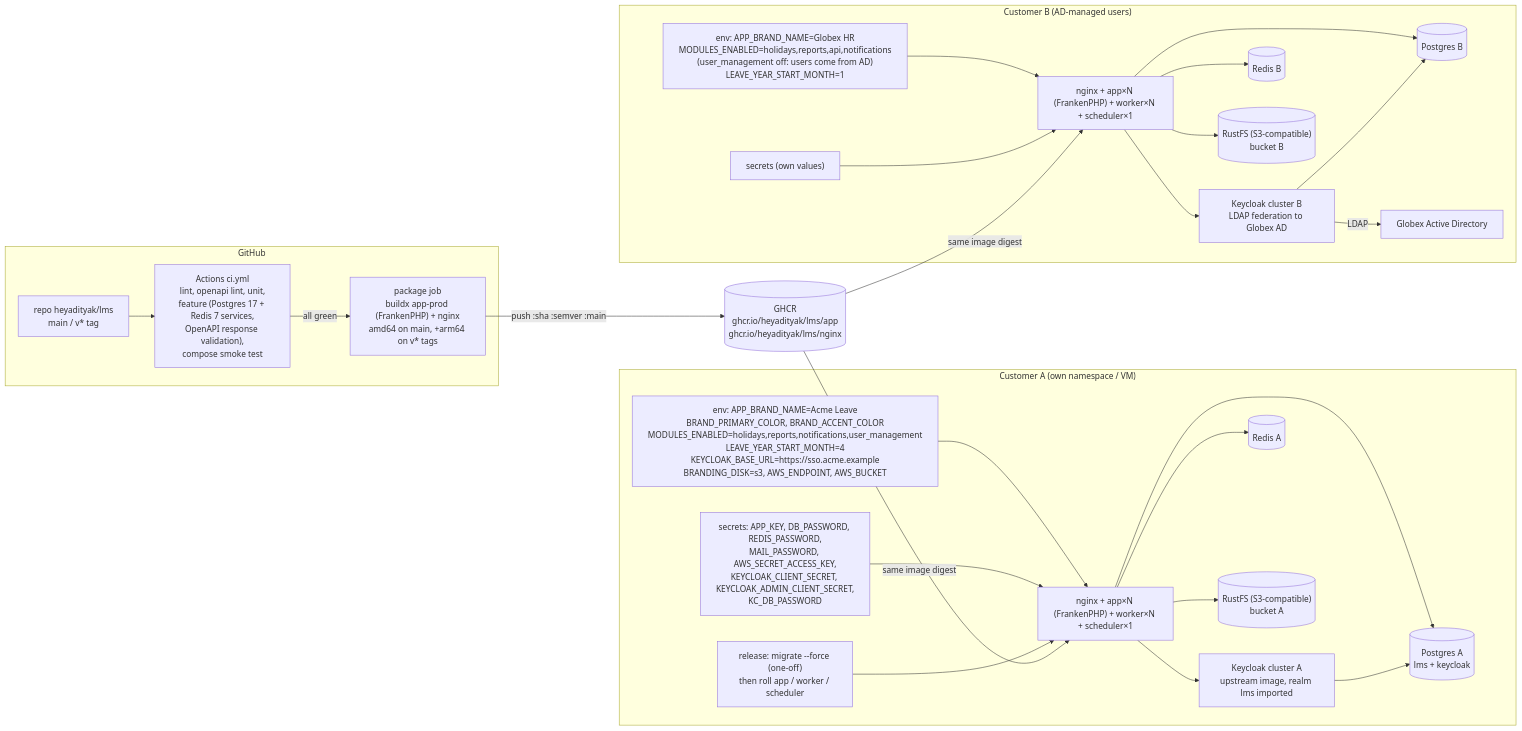
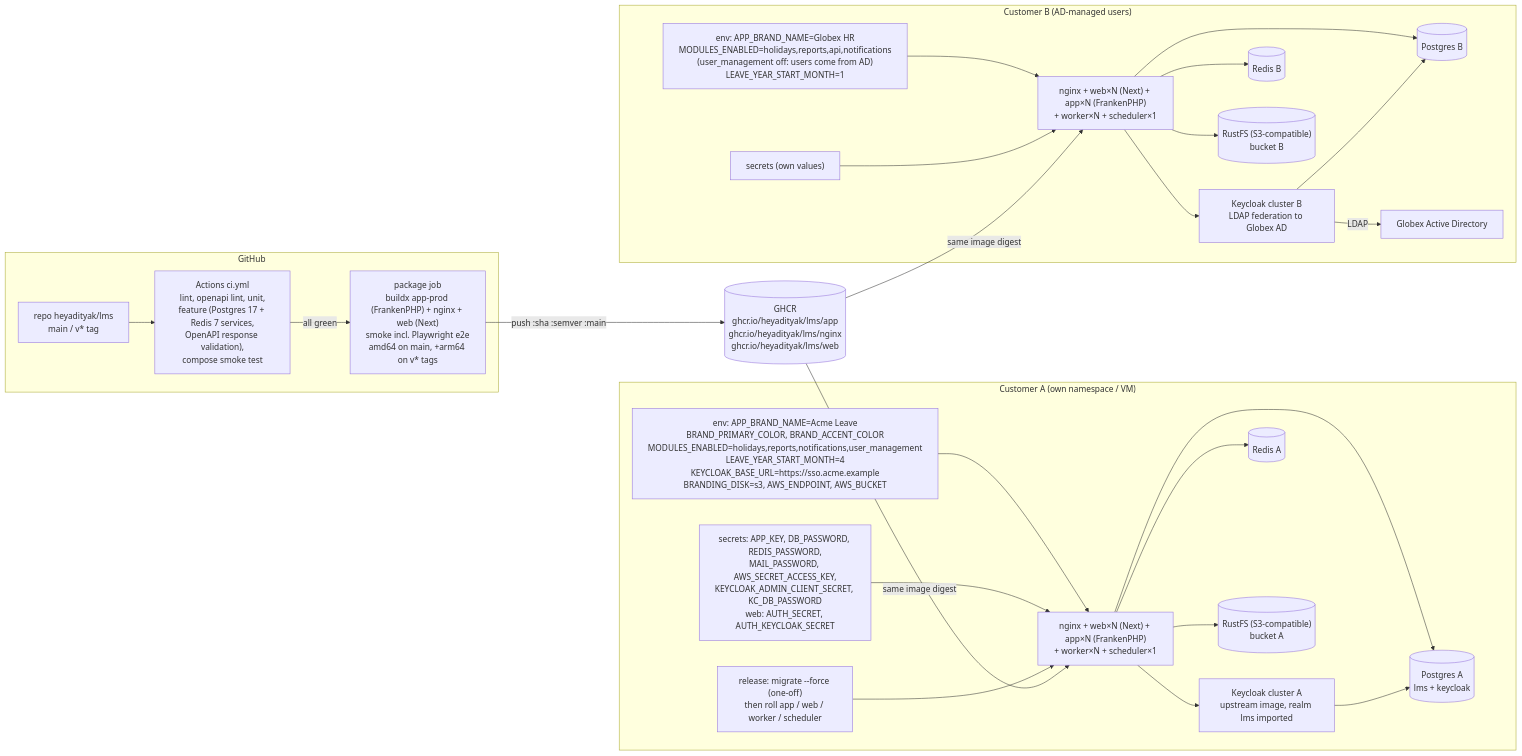
One commit to heyadityak/lms changed the third of 4 diagrams in docs/diagrams/01-system-design.md. Above: the diagram before and after it, drawn with Mermaid. The commit also changed other lines of this file and 39 other files, not shown here.

````diff
--- a/docs/diagrams/01-system-design.md
+++ b/docs/diagrams/01-system-design.md
@@ -94,49 +99,49 @@
 ```mermaid
 flowchart LR
     subgraph gh["GitHub"]
         repo["repo heyadityak/lms<br/>main / v* tag"] --> ci["Actions ci.yml<br/>lint, openapi lint, unit,<br/>feature (Postgres 17 + Redis 7 services,<br/>OpenAPI response validation),<br/>compose smoke test"]
-        ci -->|all green| pkg["package job<br/>buildx app-prod (FrankenPHP) + nginx<br/>amd64 on main, +arm64 on v* tags"]
+        ci -->|all green| pkg["package job<br/>buildx app-prod (FrankenPHP) + nginx + web (Next)<br/>smoke incl. Playwright e2e<br/>amd64 on main, +arm64 on v* tags"]
     end
-    pkg -->|push :sha :semver :main| ghcr[("GHCR<br/>ghcr.io/heyadityak/lms/app<br/>ghcr.io/heyadityak/lms/nginx")]
+    pkg -->|push :sha :semver :main| ghcr[("GHCR<br/>ghcr.io/heyadityak/lms/app<br/>ghcr.io/heyadityak/lms/nginx<br/>ghcr.io/heyadityak/lms/web")]
 
     subgraph custA["Customer A (own namespace / VM)"]
         envA["env: APP_BRAND_NAME=Acme Leave<br/>BRAND_PRIMARY_COLOR, BRAND_ACCENT_COLOR<br/>MODULES_ENABLED=holidays,reports,notifications,user_management<br/>LEAVE_YEAR_START_MONTH=4<br/>KEYCLOAK_BASE_URL=https://sso.acme.example<br/>BRANDING_DISK=s3, AWS_ENDPOINT, AWS_BUCKET"]
-        secA["secrets: APP_KEY, DB_PASSWORD, REDIS_PASSWORD,<br/>MAIL_PASSWORD, AWS_SECRET_ACCESS_KEY,<br/>KEYCLOAK_CLIENT_SECRET, KEYCLOAK_ADMIN_CLIENT_SECRET,<br/>KC_DB_PASSWORD"]
-        relA["release: migrate --force (one-off)<br/>then roll app / worker / scheduler"]
-        runA["nginx + app×N (FrankenPHP) + worker×N + scheduler×1"]
+        secA["secrets: APP_KEY, DB_PASSWORD, REDIS_PASSWORD,<br/>MAIL_PASSWORD, AWS_SECRET_ACCESS_KEY,<br/>KEYCLOAK_ADMIN_CLIENT_SECRET, KC_DB_PASSWORD<br/>web: AUTH_SECRET, AUTH_KEYCLOAK_SECRET"]
+        relA["release: migrate --force (one-off)<br/>then roll app / web / worker / scheduler"]
+        runA["nginx + web×N (Next) + app×N (FrankenPHP)<br/>+ worker×N + scheduler×1"]
         kcA["Keycloak cluster A<br/>upstream image, realm lms imported"]
         dbA[("Postgres A<br/>lms + keycloak")]
         rA[("Redis A")]
         bA[("RustFS (S3-compatible)<br/>bucket A")]
         envA --> runA
         secA --> runA
         relA --> runA
         runA --> dbA
         runA --> rA
         runA --> bA
         runA --> kcA
         kcA --> dbA
     end
 
     subgraph custB["Customer B (AD-managed users)"]
         envB["env: APP_BRAND_NAME=Globex HR<br/>MODULES_ENABLED=holidays,reports,api,notifications<br/>(user_management off: users come from AD)<br/>LEAVE_YEAR_START_MONTH=1"]
         secB["secrets (own values)"]
-        runB["nginx + app×N (FrankenPHP) + worker×N + scheduler×1"]
+        runB["nginx + web×N (Next) + app×N (FrankenPHP)<br/>+ worker×N + scheduler×1"]
         kcB["Keycloak cluster B<br/>LDAP federation to Globex AD"]
         dbB[("Postgres B")]
         rB[("Redis B")]
         bB[("RustFS (S3-compatible)<br/>bucket B")]
         ad["Globex Active Directory"]
         envB --> runB
         secB --> runB
         runB --> dbB
         runB --> rB
         runB --> bB
         runB --> kcB
         kcB --> dbB
         kcB -->|LDAP| ad
     end
 
     ghcr -->|same image digest| runA
     ghcr -->|same image digest| runB
 ```
````
